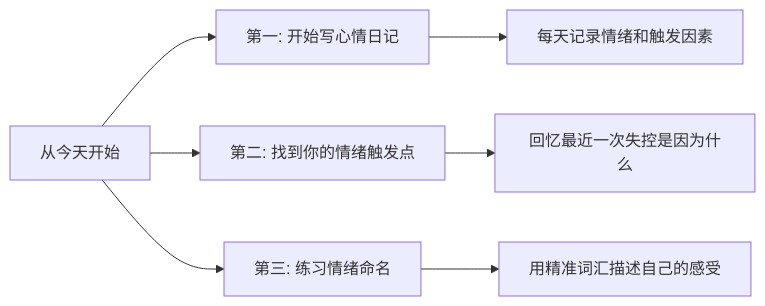
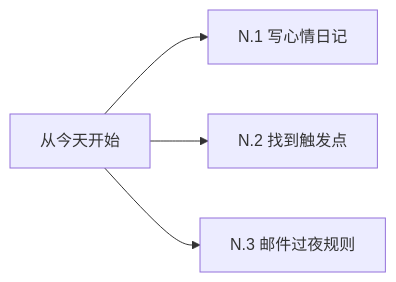
One commit to chongyang211/YCBookBlog changed the tenth of 10 diagrams in 10.打工充平常记录/10.自我精进七课/07.底层思维的训练/7.7情商能力的学习.md. Above: the diagram before and after it, drawn with Mermaid. The commit also changed other lines of this file and 55 other files, not shown here.

````diff
--- a/10.打工充平常记录/10.自我精进七课/07.底层思维的训练/7.7情商能力的学习.md
+++ b/10.打工充平常记录/10.自我精进七课/07.底层思维的训练/7.7情商能力的学习.md
@@ -416,9 +378,6 @@
 ```mermaid
 graph LR
-    A[从今天开始] --> B[第一: 开始写心情日记]
-    A --> C[第二: 找到你的情绪触发点]
-    A --> D[第三: 练习情绪命名]
-    B --> B1[每天记录情绪和触发因素]
-    C --> C1[回忆最近一次失控是因为什么]
-    D --> D1[用精准词汇描述自己的感受]
+    A[从今天开始] --> B[N.1 写心情日记]
+    A --> C[N.2 找到触发点]
+    A --> D[N.3 邮件过夜规则]
 ```
````
